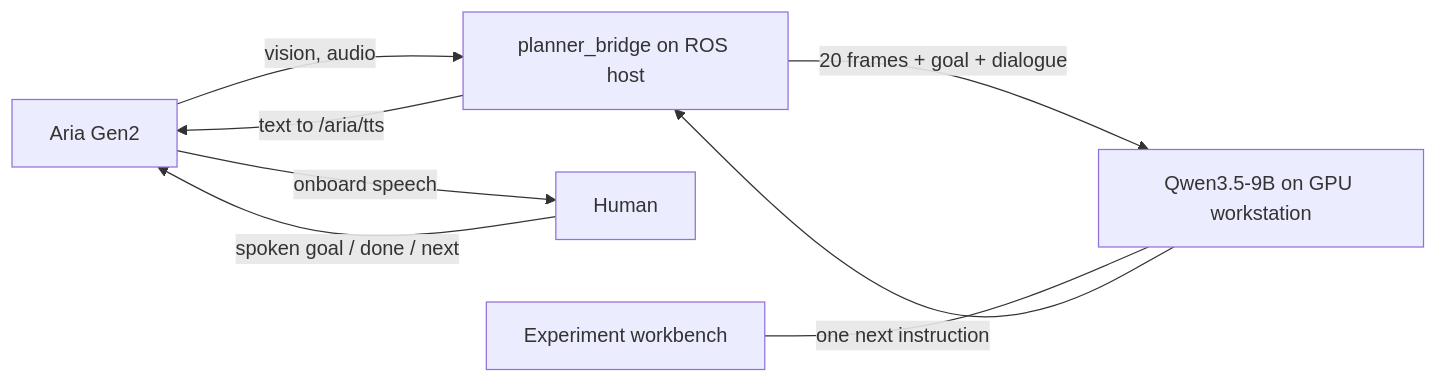
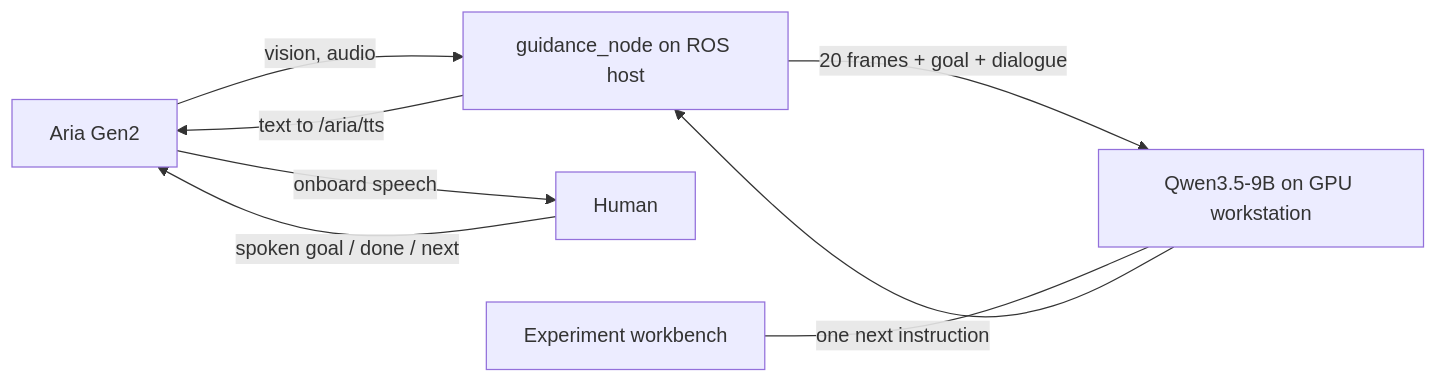
One commit to 10-OASIS-01/aria_vlm changed the diagram in README.md. Above: the diagram before and after it, drawn with Mermaid. The commit also changed other lines of this file and 24 other files, not shown here.

First line of the commit message:
Rename bridge to aria_guidance_ros, add integration test harness

````diff
--- a/README.md
+++ b/README.md
@@ -9,10 +9,10 @@
 ```mermaid
 flowchart LR
-    G[Aria Gen2] -->|vision, audio| B[planner_bridge on ROS host]
+    G[Aria Gen2] -->|vision, audio| B[guidance_node on ROS host]
     B -->|20 frames + goal + dialogue| Q[Qwen3.5-9B on GPU workstation]
     Q -->|one next instruction| B
     B -->|text to /aria/tts| G
     H[Human] -->|spoken goal / done / next| G
     G -->|onboard speech| H
     W[Experiment workbench] --- Q
 ```
````
